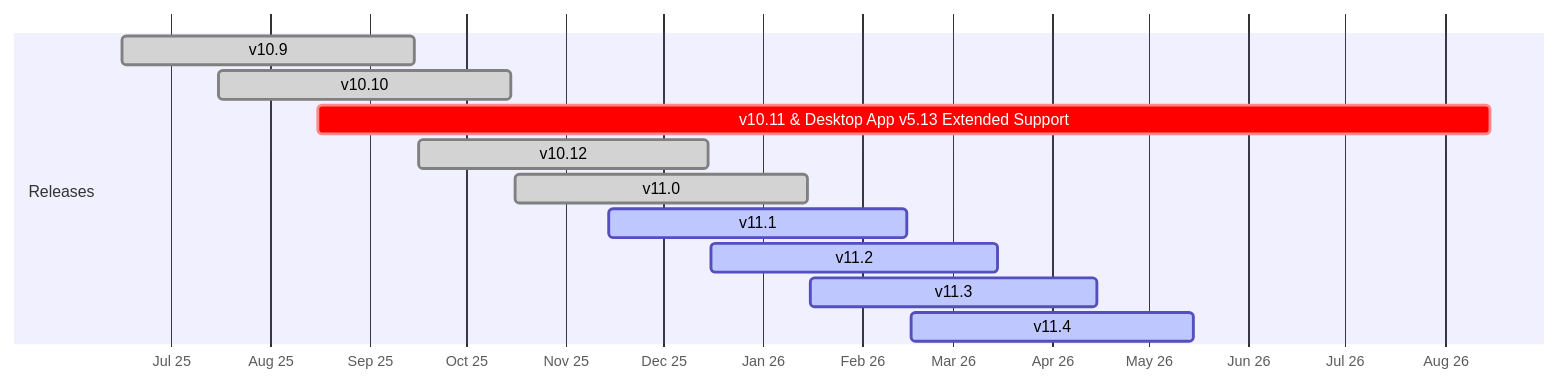
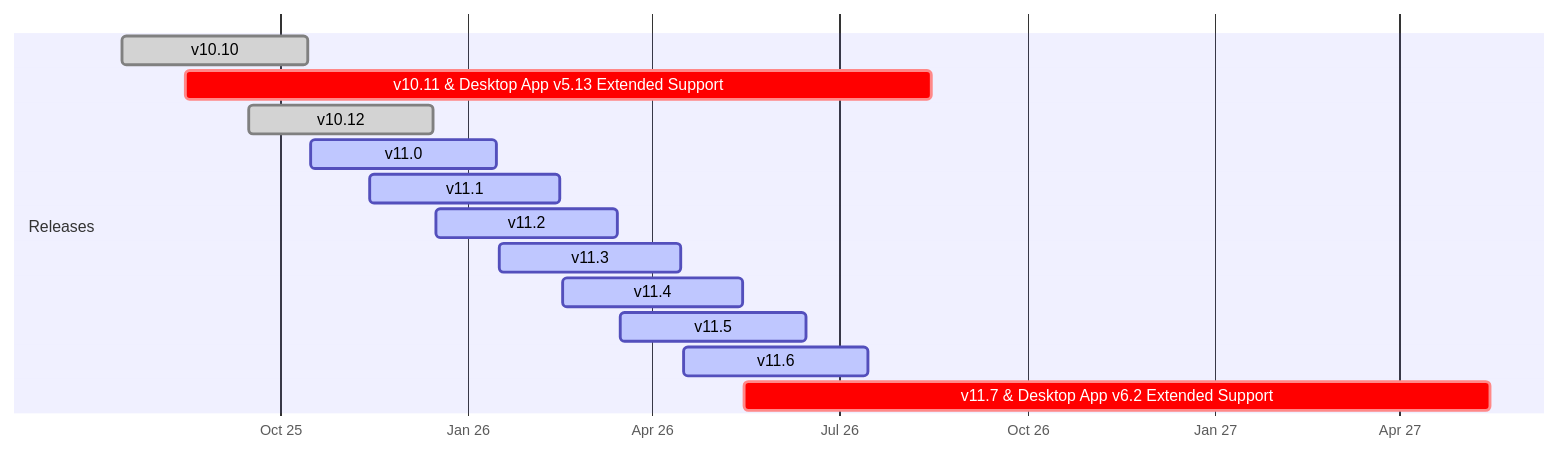
Before and after one commit to mattermost/docs: the diagram in source/product-overview/release-policy.md, drawn with Mermaid.

````diff
--- a/source/product-overview/release-policy.md
+++ b/source/product-overview/release-policy.md
@@ -44,17 +44,19 @@
 ```{mermaid}
 
 gantt
     dateFormat  YYYY-MM-DD
     axisFormat  %b %y
 
     section Releases
-    v10.9                  :done, 2025-06-16, 2025-09-15
     v10.10                 :done, 2025-07-16, 2025-10-15
     v10.11 & Desktop App v5.13 Extended Support :crit,    2025-08-16, 2026-08-15
     v10.12                 :done, 2025-09-16, 2025-12-15
-    v11.0                  :done, 2025-10-16, 2026-01-15
+    v11.0                  :active, 2025-10-16, 2026-01-15
     v11.1                  :active, 2025-11-14, 2026-02-15
     v11.2                  :active, 2025-12-16, 2026-03-15
     v11.3                  :active, 2026-01-16, 2026-04-15
     v11.4                  :active, 2026-02-16, 2026-05-15
+    v11.5                  :active, 2026-03-16, 2026-06-15
+    v11.6                  :active, 2026-04-16, 2026-07-15
+    v11.7 & Desktop App v6.2 Extended Support :crit,    2026-05-16, 2027-05-15
 ```
````
